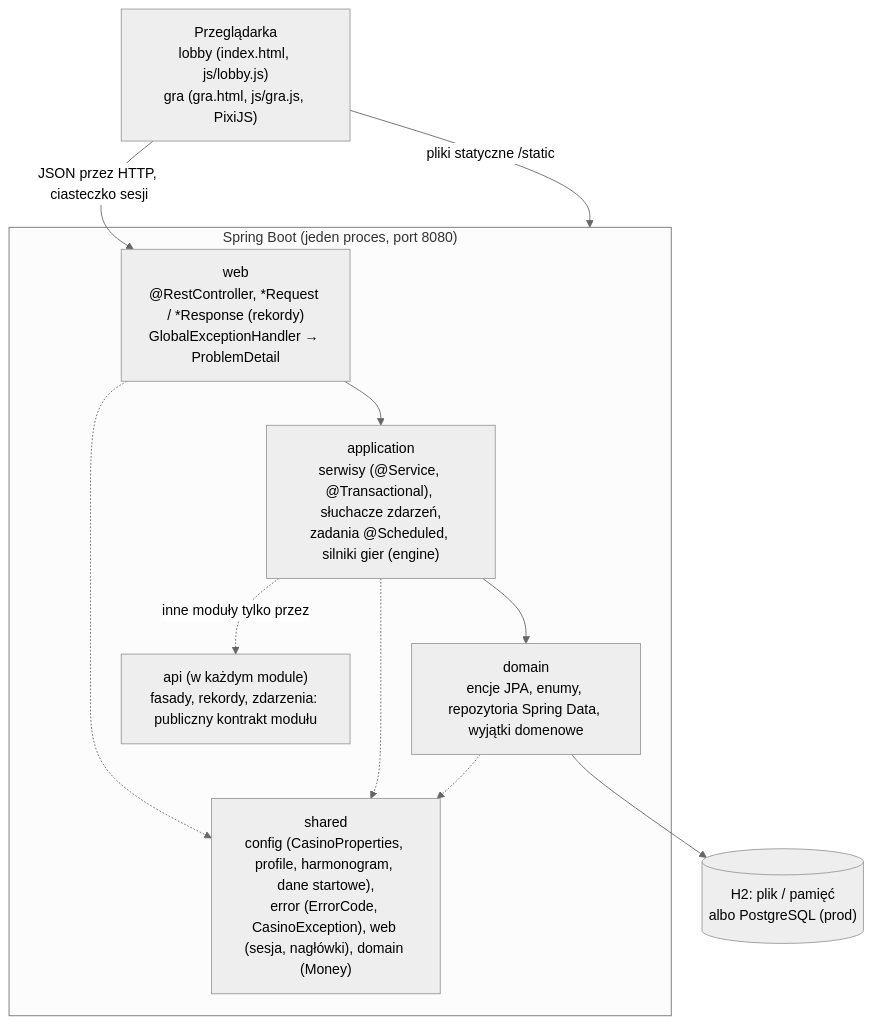
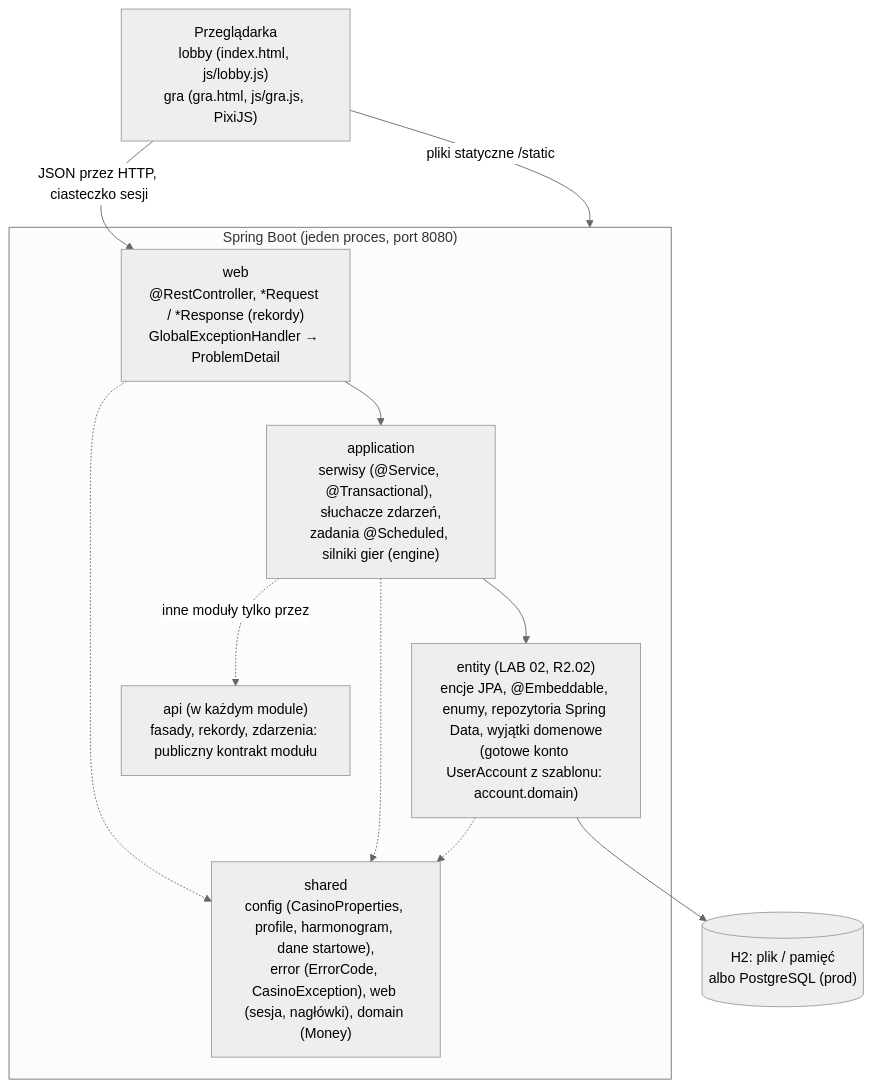
The first of 7 diagrams in docs/obrona/01-architektura.md (CasinoPlayer/Symulator-Kasyna), drawn with Mermaid (neutral theme) before and after one commit. The commit also changed other lines of this file and 3 other files, not shown here.

Commit message:
Dokumentacja obrony: pakiety entity po LAB 02

````diff
--- a/docs/obrona/01-architektura.md
+++ b/docs/obrona/01-architektura.md
@@ -9,19 +9,19 @@
 ```mermaid
 flowchart TB
   B["Przeglądarka<br/>lobby (index.html, js/lobby.js)<br/>gra (gra.html, js/gra.js, PixiJS)"]
   subgraph APP["Spring Boot (jeden proces, port 8080)"]
     W["web<br/>@RestController, *Request / *Response (rekordy)<br/>GlobalExceptionHandler → ProblemDetail"]
     A["application<br/>serwisy (@Service, @Transactional), słuchacze zdarzeń,<br/>zadania @Scheduled, silniki gier (engine)"]
-    D["domain<br/>encje JPA, enumy, repozytoria Spring Data, wyjątki domenowe"]
+    D["entity (LAB 02, R2.02)<br/>encje JPA, @Embeddable, enumy, repozytoria Spring Data, wyjątki domenowe<br/>(gotowe konto UserAccount z szablonu: account.domain)"]
     API["api (w każdym module)<br/>fasady, rekordy, zdarzenia: publiczny kontrakt modułu"]
     S["shared<br/>config (CasinoProperties, profile, harmonogram, dane startowe),<br/>error (ErrorCode, CasinoException), web (sesja, nagłówki), domain (Money)"]
   end
   DB[("H2: plik / pamięć<br/>albo PostgreSQL (prod)")]
   B -- "JSON przez HTTP, ciasteczko sesji" --> W
   B -- "pliki statyczne /static" --> APP
   W --> A
   A --> D
   A -. "inne moduły tylko przez" .-> API
   D --> DB
   W & A & D -.-> S
 ```
````
